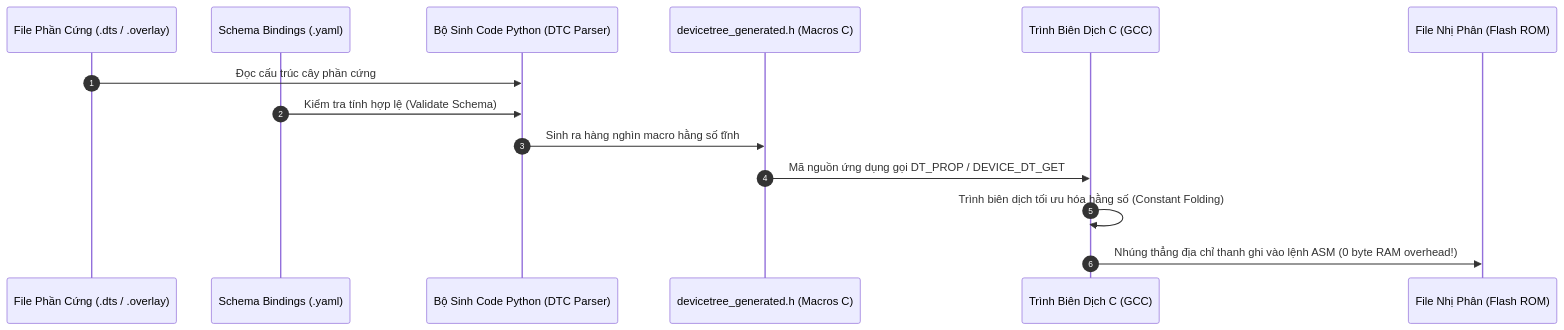
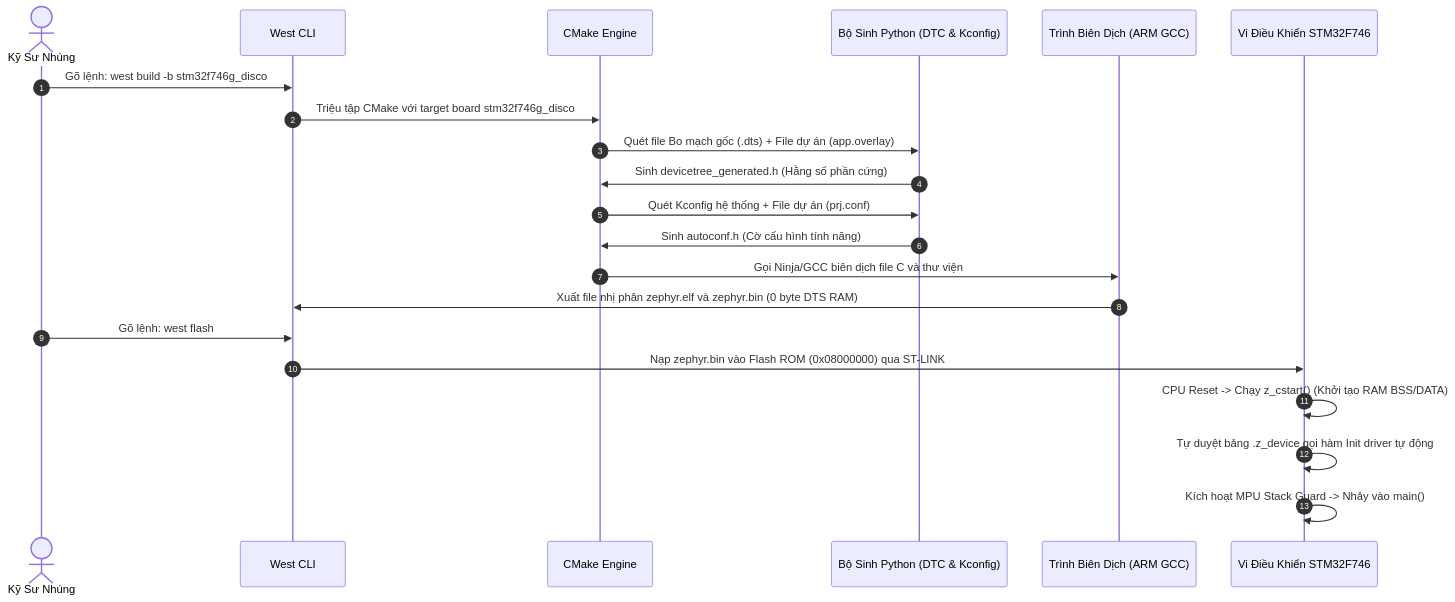
One commit to HuynhTran112/source changed the first of 3 diagrams in day07_learning_guide.md. Above: the diagram before and after it, drawn with Mermaid. The commit also changed other lines of this file and 5 other files, not shown here.

````diff
--- a/day07_learning_guide.md
+++ b/day07_learning_guide.md
@@ -73,17 +144,24 @@
 ```mermaid
 sequenceDiagram
     autonumber
-    participant DTS as File Phần Cứng (.dts / .overlay)
-    participant YAML as Schema Bindings (.yaml)
-    participant Py as Bộ Sinh Code Python (DTC Parser)
-    participant H as devicetree_generated.h (Macros C)
-    participant GCC as Trình Biên Dịch C (GCC)
-    participant ELF as File Nhị Phân (Flash ROM)
+    actor Dev as Kỹ Sư Nhúng
+    participant West as West CLI
+    participant CMake as CMake Engine
+    participant PyTools as Bộ Sinh Python (DTC & Kconfig)
+    participant GCC as Trình Biên Dịch (ARM GCC)
+    participant Chip as Vi Điều Khiển STM32F746
 
-    DTS->>Py: Đọc cấu trúc cây phần cứng
-    YAML->>Py: Kiểm tra tính hợp lệ (Validate Schema)
-    Py->>H: Sinh ra hàng nghìn macro hằng số tĩnh
-    H->>GCC: Mã nguồn ứng dụng gọi DT_PROP / DEVICE_DT_GET
-    GCC->>GCC: Trình biên dịch tối ưu hóa hằng số (Constant Folding)
-    GCC->>ELF: Nhúng thẳng địa chỉ thanh ghi vào lệnh ASM (0 byte RAM overhead!)
+    Dev->>West: Gõ lệnh: west build -b stm32f746g_disco
+    West->>CMake: Triệu tập CMake với target board stm32f746g_disco
+    CMake->>PyTools: Quét file Bo mạch gốc (.dts) + File dự án (app.overlay)
+    PyTools->>CMake: Sinh devicetree_generated.h (Hằng số phần cứng)
+    CMake->>PyTools: Quét Kconfig hệ thống + File dự án (prj.conf)
+    PyTools->>CMake: Sinh autoconf.h (Cờ cấu hình tính năng)
+    CMake->>GCC: Gọi Ninja/GCC biên dịch file C và thư viện
+    GCC->>West: Xuất file nhị phân zephyr.elf và zephyr.bin (0 byte DTS RAM)
+    Dev->>West: Gõ lệnh: west flash
+    West->>Chip: Nạp zephyr.bin vào Flash ROM (0x08000000) qua ST-LINK
+    Chip->>Chip: CPU Reset -> Chạy z_cstart() (Khởi tạo RAM BSS/DATA)
+    Chip->>Chip: Tự duyệt bảng .z_device gọi hàm Init driver tự động
+    Chip->>Chip: Kích hoạt MPU Stack Guard -> Nhảy vào main()
 ```
````
